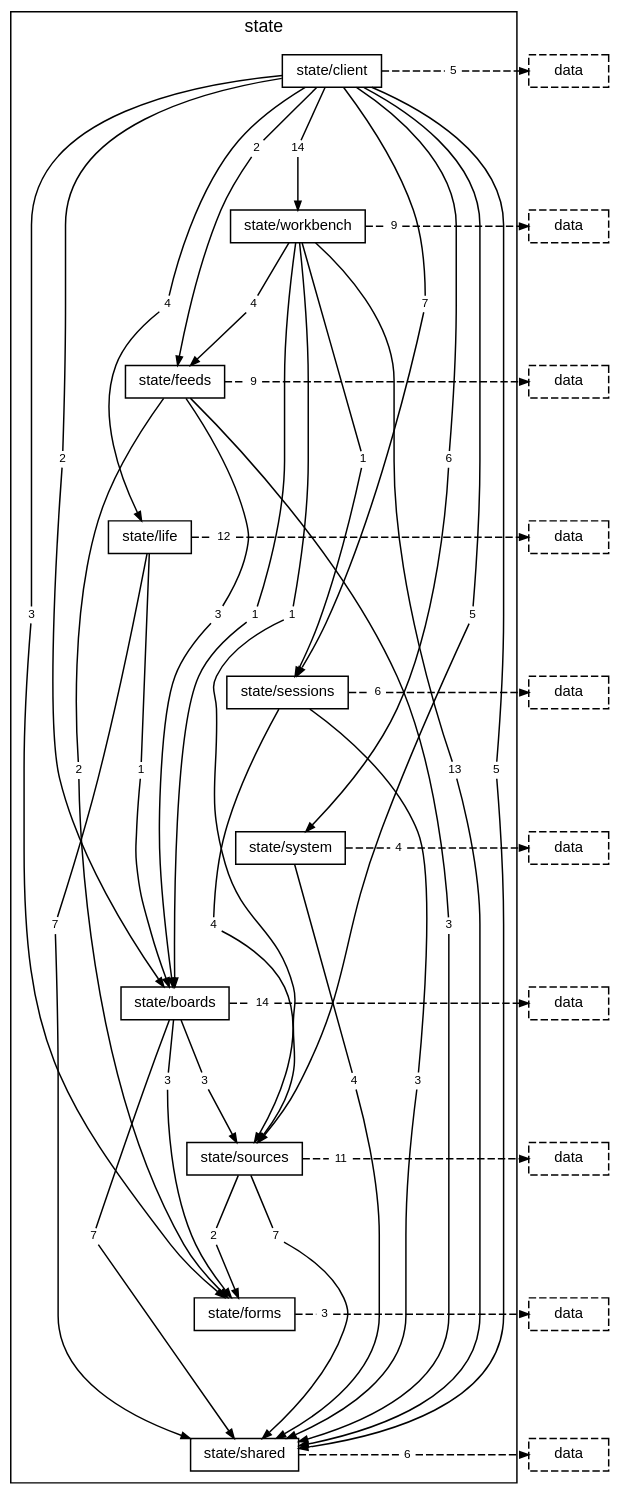
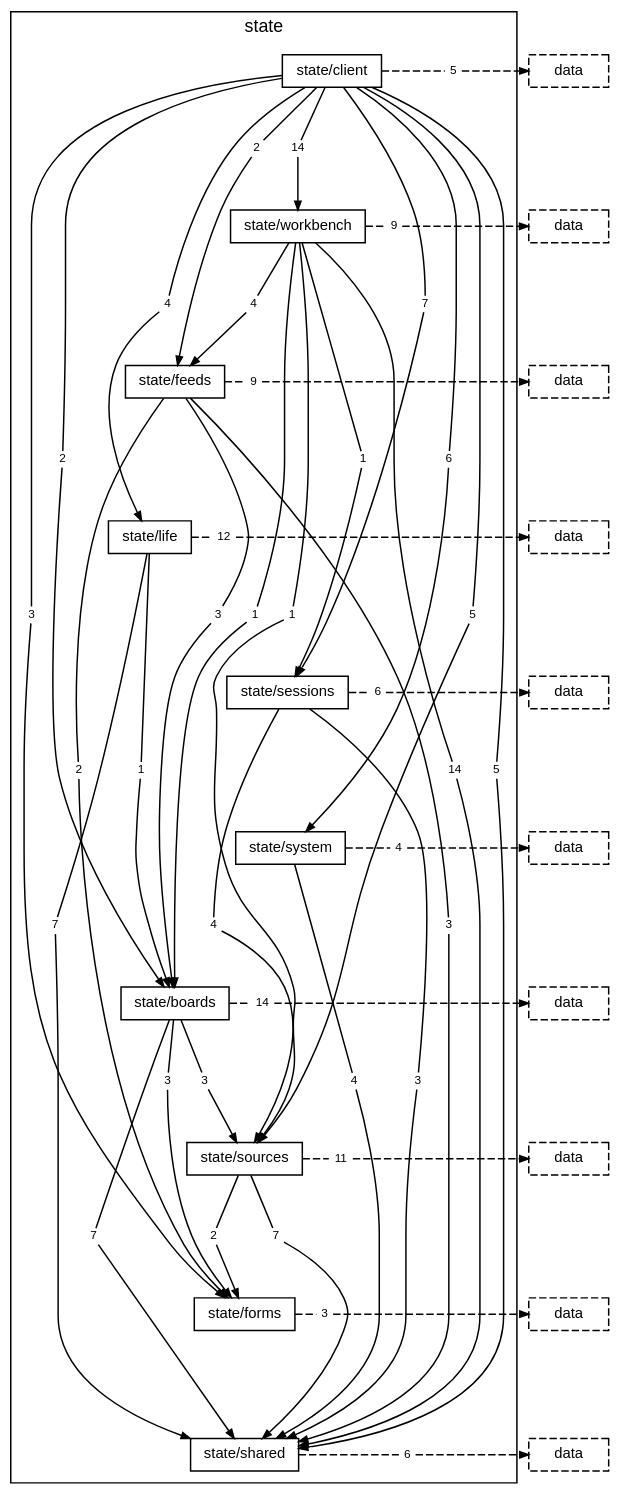
One commit to TheAxeC/oculus changed the diagram in docs/diagrams/layer-state.dot. Above: the diagram before and after it, drawn with Graphviz. The commit also changed 64 other files, not shown here.

```diff
--- a/docs/diagrams/layer-state.dot
+++ b/docs/diagrams/layer-state.dot
@@ -27,7 +27,7 @@
         "folder state/workbench to folder state/boards" [label="1", shape=box, color="transparent", fontsize=8, width=0, height=0, margin="0.04,0.02"];
         "folder state/workbench to folder state/feeds" [label="4", shape=box, color="transparent", fontsize=8, width=0, height=0, margin="0.04,0.02"];
         "folder state/workbench to folder state/sessions" [label="1", shape=box, color="transparent", fontsize=8, width=0, height=0, margin="0.04,0.02"];
-        "folder state/workbench to folder state/shared" [label="13", shape=box, color="transparent", fontsize=8, width=0, height=0, margin="0.04,0.02"];
+        "folder state/workbench to folder state/shared" [label="14", shape=box, color="transparent", fontsize=8, width=0, height=0, margin="0.04,0.02"];
         "folder state/workbench to folder state/sources" [label="1", shape=box, color="transparent", fontsize=8, width=0, height=0, margin="0.04,0.02"];
         "folder state/workbench to layer data" [label="9", shape=box, color="transparent", fontsize=8, width=0, height=0, margin="0.04,0.02"];
         "folder state/feeds to folder state/boards" [label="3", shape=box, color="transparent", fontsize=8, width=0, height=0, margin="0.04,0.02"];
```
